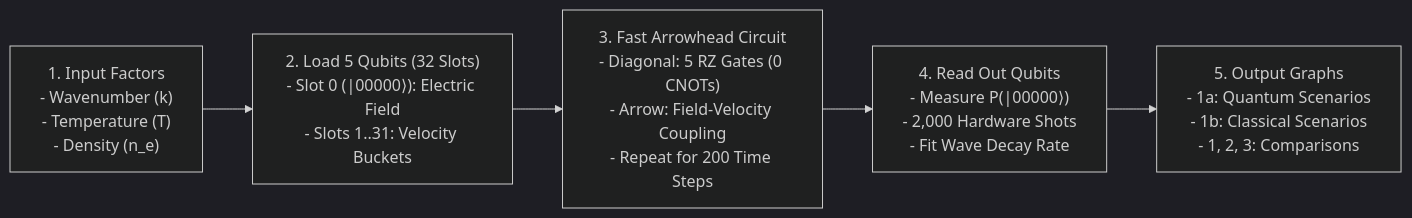
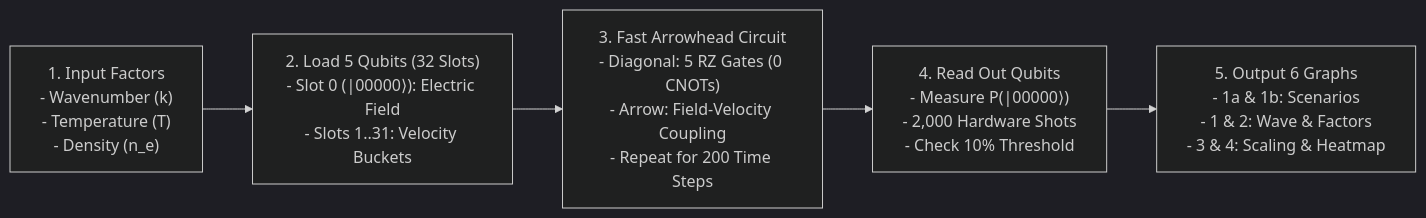
The diagram in gemini_imp/README.md (OrionSilverStorm/Plasma-Projector), drawn with Mermaid (dark theme) before and after one commit. The commit also changed other lines of this file and 4 other files, not shown here.

Commit message:
Added heatmap and graph explanations

````diff
--- a/gemini_imp/README.md
+++ b/gemini_imp/README.md
@@ -45,7 +45,7 @@
 ```mermaid
 flowchart LR
     A["1. Input Factors\n- Wavenumber (k)\n- Temperature (T)\n- Density (n_e)"] --> B["2. Load 5 Qubits (32 Slots)\n- Slot 0 (|00000⟩): Electric Field\n- Slots 1..31: Velocity Buckets"]
     B --> C["3. Fast Arrowhead Circuit\n- Diagonal: 5 RZ Gates (0 CNOTs)\n- Arrow: Field-Velocity Coupling\n- Repeat for 200 Time Steps"]
-    C --> D["4. Read Out Qubits\n- Measure P(|00000⟩)\n- 2,000 Hardware Shots\n- Fit Wave Decay Rate"]
-    D --> E["5. Output Graphs\n- 1a: Quantum Scenarios\n- 1b: Classical Scenarios\n- 1, 2, 3: Comparisons"]
+    C --> D["4. Read Out Qubits\n- Measure P(|00000⟩)\n- 2,000 Hardware Shots\n- Check 10% Threshold"]
+    D --> E["5. Output 6 Graphs\n- 1a & 1b: Scenarios\n- 1 & 2: Wave & Factors\n- 3 & 4: Scaling & Heatmap"]
 ```
````
